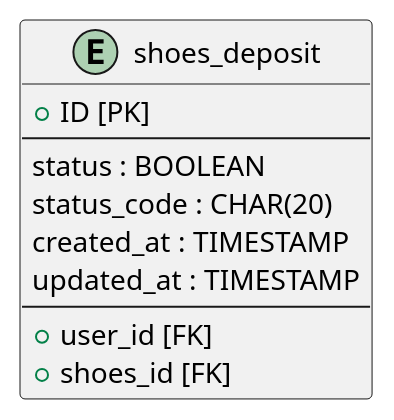
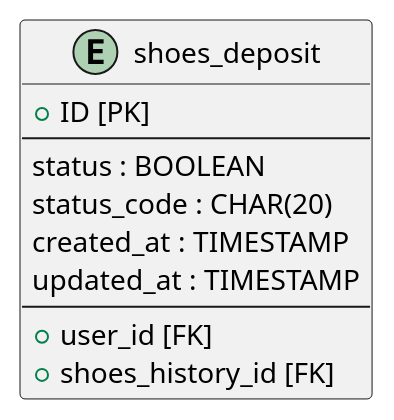
Before and after one commit to mybz-inc/sneaker: the diagram in db/shoes_deposit.pu, drawn with PlantUML. The commit also changed 8 other files, not shown here.

```diff
--- a/db/shoes_deposit.pu
+++ b/db/shoes_deposit.pu
@@ -1,13 +1,13 @@
 @startuml shoes_deposit
 entity shoes_deposit {
   + ID [PK]
   --
   status : BOOLEAN
   status_code : CHAR(20)
   created_at : TIMESTAMP
   updated_at : TIMESTAMP
   --
   + user_id [FK]
-  + shoes_id [FK]
+  + shoes_history_id [FK]
 }
 @enduml
```
